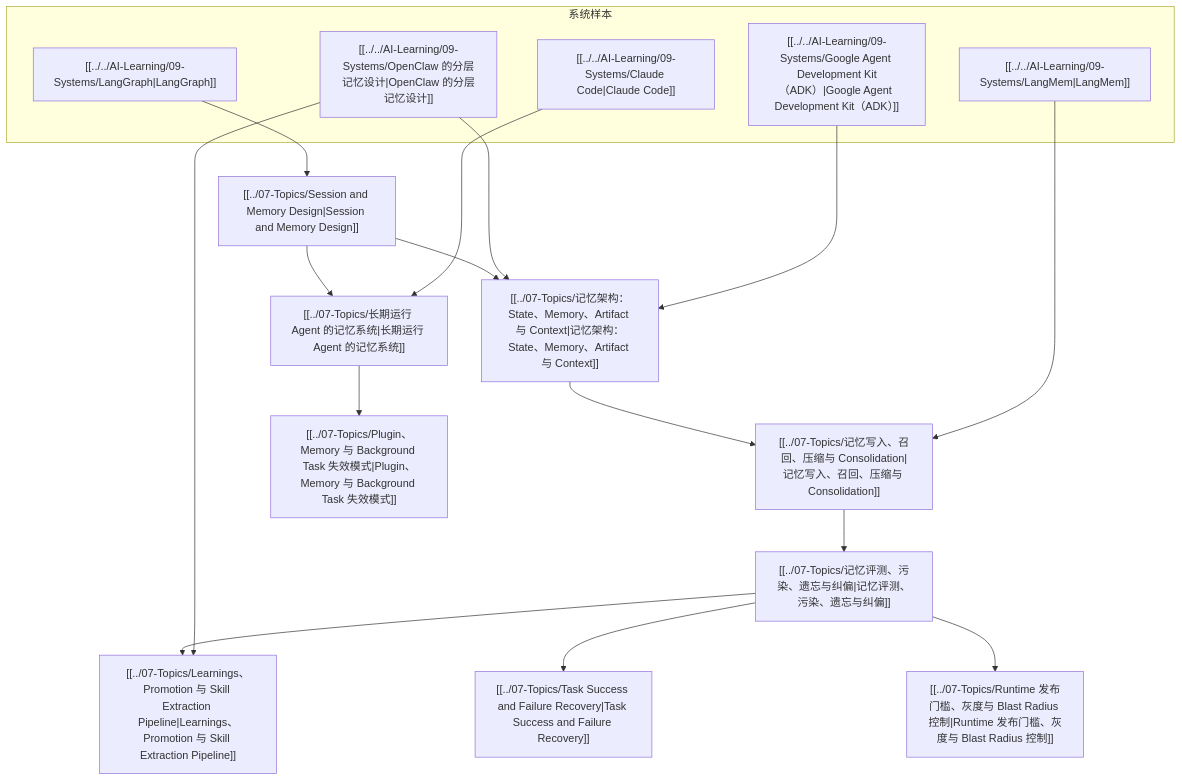
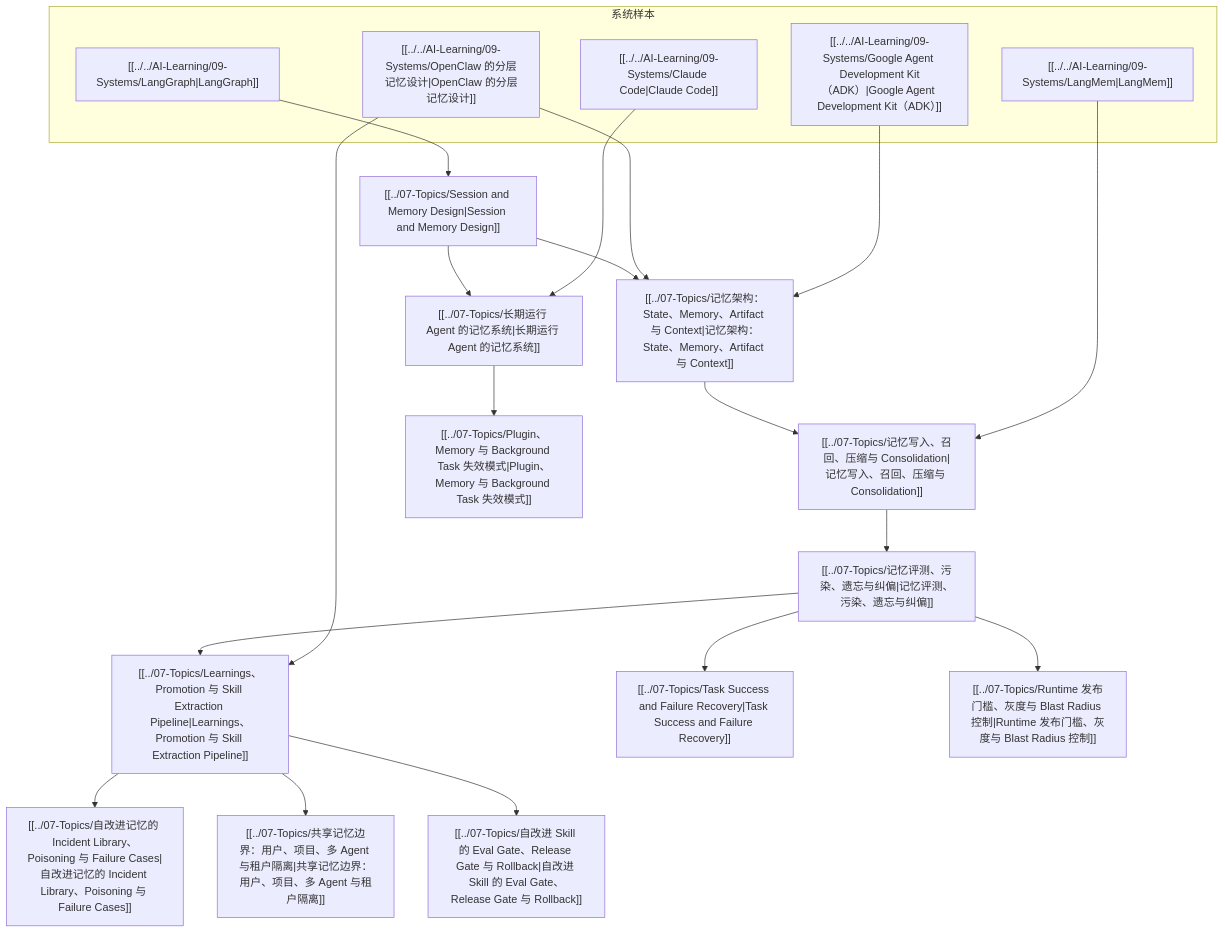
The diagram in 01-Areas/AI-Engineering/08-Maps/AI Memory Engineering Map.md (superliyang/tony-2026), drawn with Mermaid before and after one commit. The commit also changed other lines of this file and 26 other files, not shown here.

````diff
--- a/01-Areas/AI-Engineering/08-Maps/AI Memory Engineering Map.md
+++ b/01-Areas/AI-Engineering/08-Maps/AI Memory Engineering Map.md
@@ -15,26 +15,29 @@
 ```mermaid
 flowchart TD
   S["[[../07-Topics/Session and Memory Design|Session and Memory Design]]"] --> A["[[../07-Topics/记忆架构：State、Memory、Artifact 与 Context|记忆架构：State、Memory、Artifact 与 Context]]"]
   S --> L["[[../07-Topics/长期运行 Agent 的记忆系统|长期运行 Agent 的记忆系统]]"]
   A --> W["[[../07-Topics/记忆写入、召回、压缩与 Consolidation|记忆写入、召回、压缩与 Consolidation]]"]
   W --> E["[[../07-Topics/记忆评测、污染、遗忘与纠偏|记忆评测、污染、遗忘与纠偏]]"]
   E --> P["[[../07-Topics/Learnings、Promotion 与 Skill Extraction Pipeline|Learnings、Promotion 与 Skill Extraction Pipeline]]"]
+  P --> I["[[../07-Topics/自改进记忆的 Incident Library、Poisoning 与 Failure Cases|自改进记忆的 Incident Library、Poisoning 与 Failure Cases]]"]
+  P --> B["[[../07-Topics/共享记忆边界：用户、项目、多 Agent 与租户隔离|共享记忆边界：用户、项目、多 Agent 与租户隔离]]"]
+  P --> G2["[[../07-Topics/自改进 Skill 的 Eval Gate、Release Gate 与 Rollback|自改进 Skill 的 Eval Gate、Release Gate 与 Rollback]]"]
   L --> F["[[../07-Topics/Plugin、Memory 与 Background Task 失效模式|Plugin、Memory 与 Background Task 失效模式]]"]
   E --> R["[[../07-Topics/Task Success and Failure Recovery|Task Success and Failure Recovery]]"]
   E --> G["[[../07-Topics/Runtime 发布门槛、灰度与 Blast Radius 控制|Runtime 发布门槛、灰度与 Blast Radius 控制]]"]
 
   subgraph systems["系统样本"]
     OA["[[../../AI-Learning/09-Systems/OpenClaw 的分层记忆设计|OpenClaw 的分层记忆设计]]"]
     LM["[[../../AI-Learning/09-Systems/LangMem|LangMem]]"]
     LG["[[../../AI-Learning/09-Systems/LangGraph|LangGraph]]"]
     CC["[[../../AI-Learning/09-Systems/Claude Code|Claude Code]]"]
     ADK["[[../../AI-Learning/09-Systems/Google Agent Development Kit（ADK）|Google Agent Development Kit（ADK）]]"]
   end
 
   OA --> A
   OA --> P
   LM --> W
   LG --> S
   CC --> L
   ADK --> A
 ```
````
